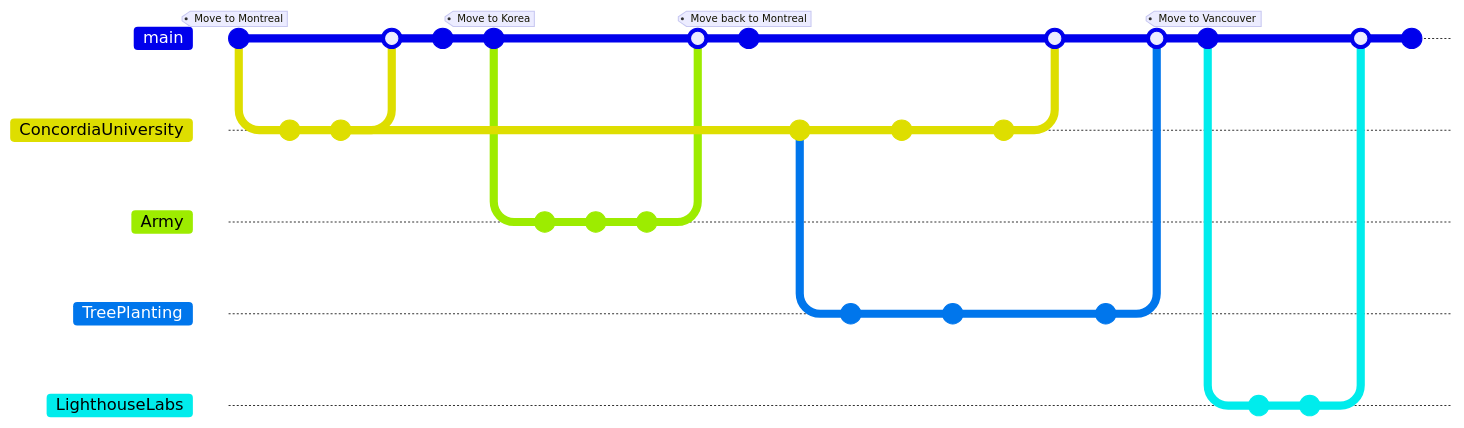
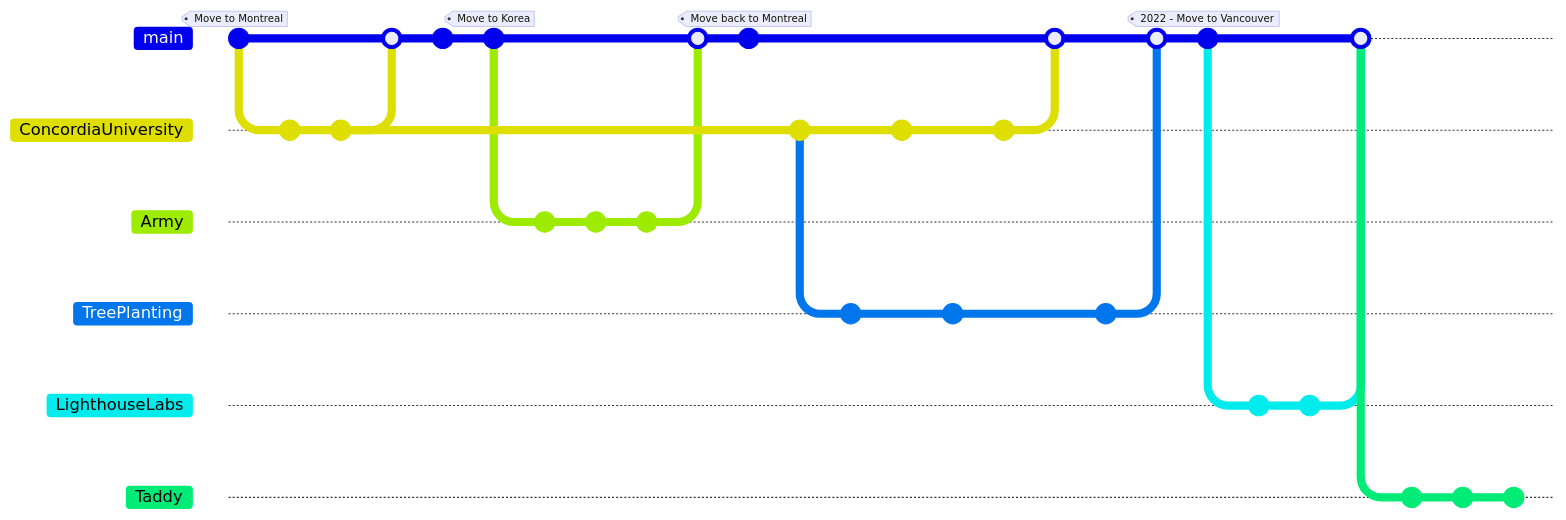
Before and after one commit to jakinyang/jakinyang: the diagram in README.md, drawn with Mermaid. Commit ids are hidden.

````diff
--- a/README.md
+++ b/README.md
@@ -381,46 +381,50 @@
 ```mermaid
 gitGraph:
     commit tag: "Move to Montreal"
     branch ConcordiaUniversity
     checkout ConcordiaUniversity
     commit id: "2015 - start 1st Year Psychology"
     commit id: "2016 - start 2nd Year Psychology"
     checkout main
     merge ConcordiaUniversity
     commit id: "2017 - return to Korea: Military Service"
     commit tag: "Move to Korea"
     branch Army
     checkout Army
     commit id: "2017 - complete army engineer training"
     commit id: "2019 - deploy to mine clearing operation"
     commit id: "2019 - complete military service"
     checkout main
     merge Army
     commit tag: "Move back to Montreal"
     checkout ConcordiaUniversity
     commit id: "2020 - start 3rd Year Psychology"
     branch TreePlanting
     checkout TreePlanting
     commit id: "1st Season Tree Planting"
     checkout ConcordiaUniversity
     commit id: "2021 - start 4th Year Psychology"
     checkout TreePlanting
     commit id: "2nd Season Tree Planting"
     checkout ConcordiaUniversity
     commit id: "2022 - graduate from Psychology"
     checkout main
     merge ConcordiaUniversity
     checkout TreePlanting
     commit id: "3rd Season Tree Planting"
     checkout main
     merge TreePlanting
-    commit tag: "Move to Vancouver"
+    commit tag: "2022 - Move to Vancouver"
     branch LighthouseLabs
     checkout LighthouseLabs
-    commit id: "Start Lighthouse Labs"
+    commit id: "2022 - Start Lighthouse Labs"
     checkout LighthouseLabs
-    commit id: "Finish Lighthouse Labs"
+    commit id: "2023 - Finish Lighthouse Labs"
     checkout main
     merge LighthouseLabs
+    branch Taddy
+    checkout Taddy
+    commit id: "2023 - Start Developer Role at Taddy"
+    commit id: "Release Alpha of Bam! Webtoons App"
     commit id: "Present"
 ```
````
